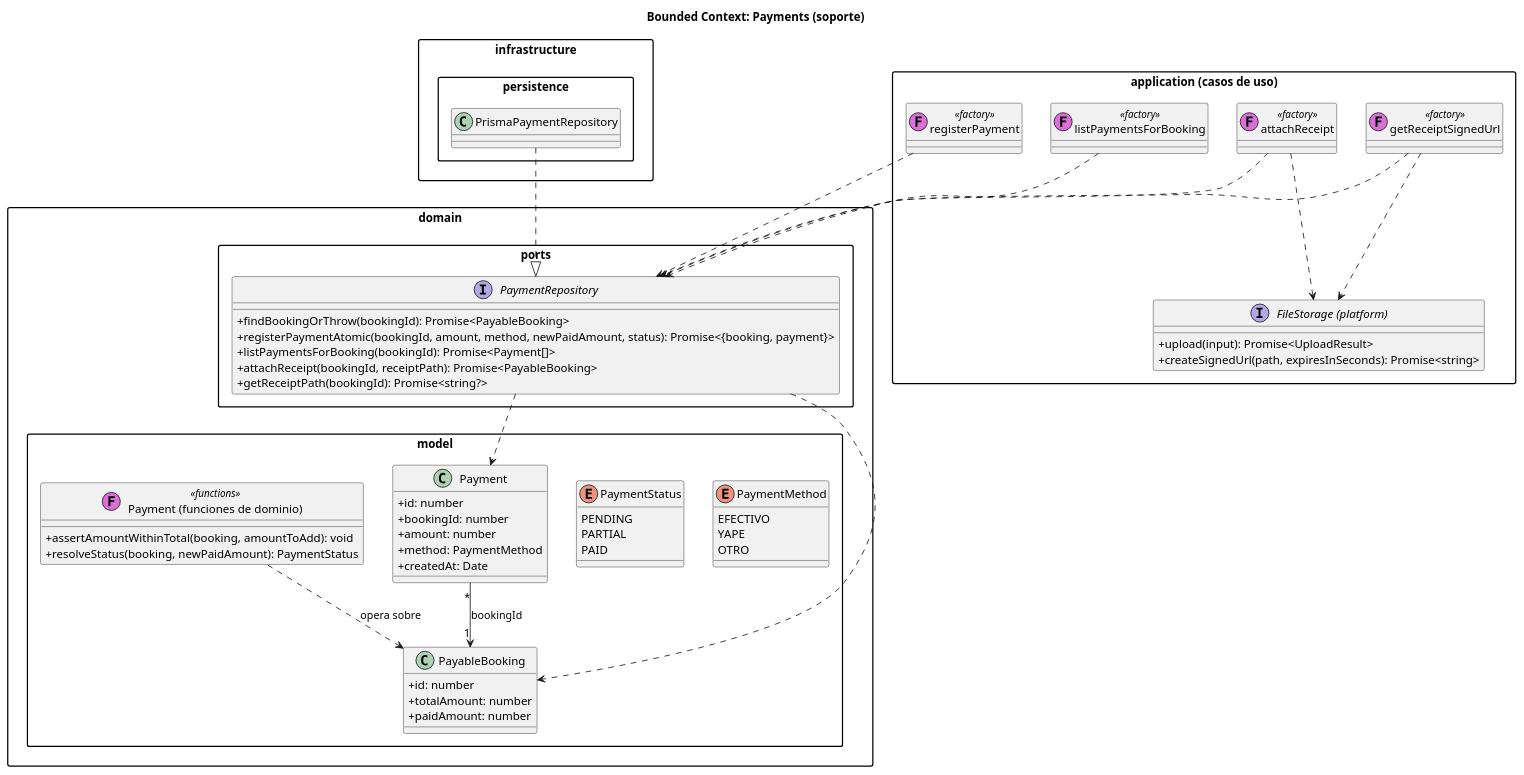
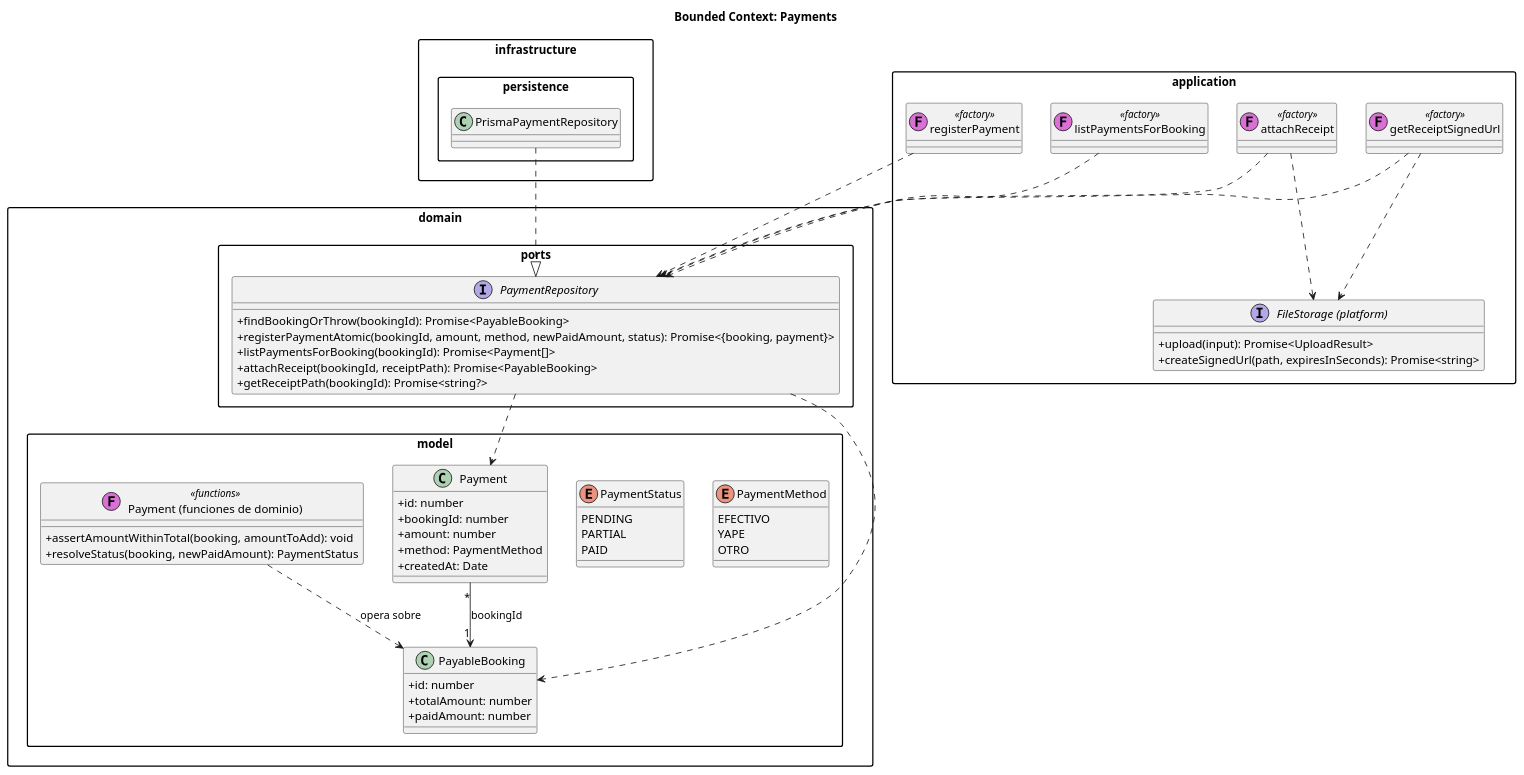
One commit to brianna-salinas/la-canchita-de-carlos-backend changed the diagram in docs/diagrams/payments.puml. Above: the diagram before and after it, drawn with PlantUML. The commit also changed 586 other files, not shown here.

Commit message:
checkpoint: reorganizacion hexagonal + flujo olvide-password + diagramas

```diff
--- a/docs/diagrams/payments.puml
+++ b/docs/diagrams/payments.puml
@@ -1,81 +1,81 @@
 @startuml payments-context
-title Bounded Context: Payments (soporte)
+title Bounded Context: Payments
 
 skinparam classAttributeIconSize 0
 skinparam packageStyle rectangle
 
 package "domain.model" {
   enum PaymentMethod {
     EFECTIVO
     YAPE
     OTRO
   }
 
   enum PaymentStatus {
     PENDING
     PARTIAL
     PAID
   }
 
   class Payment {
     +id: number
     +bookingId: number
     +amount: number
     +method: PaymentMethod
     +createdAt: Date
   }
 
   class PayableBooking {
     +id: number
     +totalAmount: number
     +paidAmount: number
   }
 
   class "Payment (funciones de dominio)" as PaymentRules << (F,orchid) functions >> {
     +assertAmountWithinTotal(booking, amountToAdd): void
     +resolveStatus(booking, newPaidAmount): PaymentStatus
   }
 
   Payment "*" --> "1" PayableBooking : bookingId
   PaymentRules ..> PayableBooking : opera sobre
 }
 
 package "domain.ports" {
   interface PaymentRepository {
     +findBookingOrThrow(bookingId): Promise<PayableBooking>
     +registerPaymentAtomic(bookingId, amount, method, newPaidAmount, status): Promise<{booking, payment}>
     +listPaymentsForBooking(bookingId): Promise<Payment[]>
     +attachReceipt(bookingId, receiptPath): Promise<PayableBooking>
     +getReceiptPath(bookingId): Promise<string?>
   }
 
   PaymentRepository ..> Payment
   PaymentRepository ..> PayableBooking
 }
 
 package "infrastructure.persistence" {
   class PrismaPaymentRepository
 
   PrismaPaymentRepository ..|> PaymentRepository
 }
 
-package "application (casos de uso)" {
+package "application" {
   class registerPayment << (F,orchid) factory >>
   class attachReceipt << (F,orchid) factory >>
   class getReceiptSignedUrl << (F,orchid) factory >>
   class listPaymentsForBooking << (F,orchid) factory >>
 
   interface "FileStorage (platform)" as FileStorage {
     +upload(input): Promise<UploadResult>
     +createSignedUrl(path, expiresInSeconds): Promise<string>
   }
 
   registerPayment ..> PaymentRepository
   attachReceipt ..> PaymentRepository
   attachReceipt ..> FileStorage
   getReceiptSignedUrl ..> PaymentRepository
   getReceiptSignedUrl ..> FileStorage
   listPaymentsForBooking ..> PaymentRepository
 }
 
 @enduml
```
